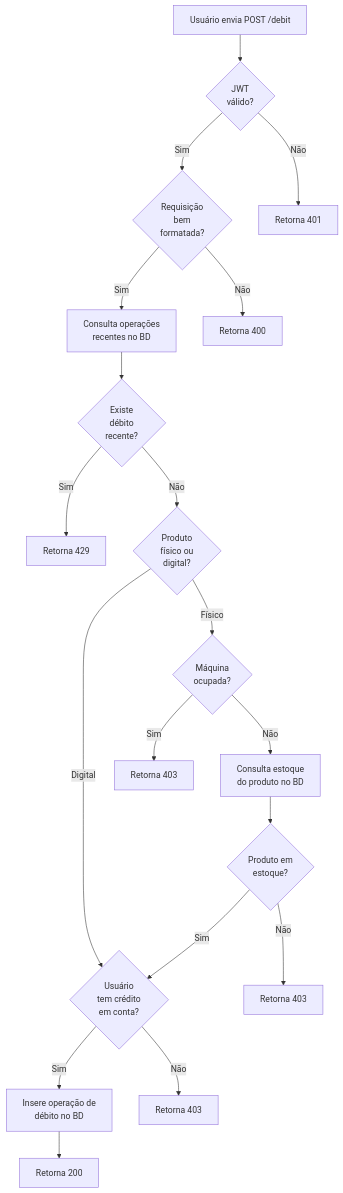
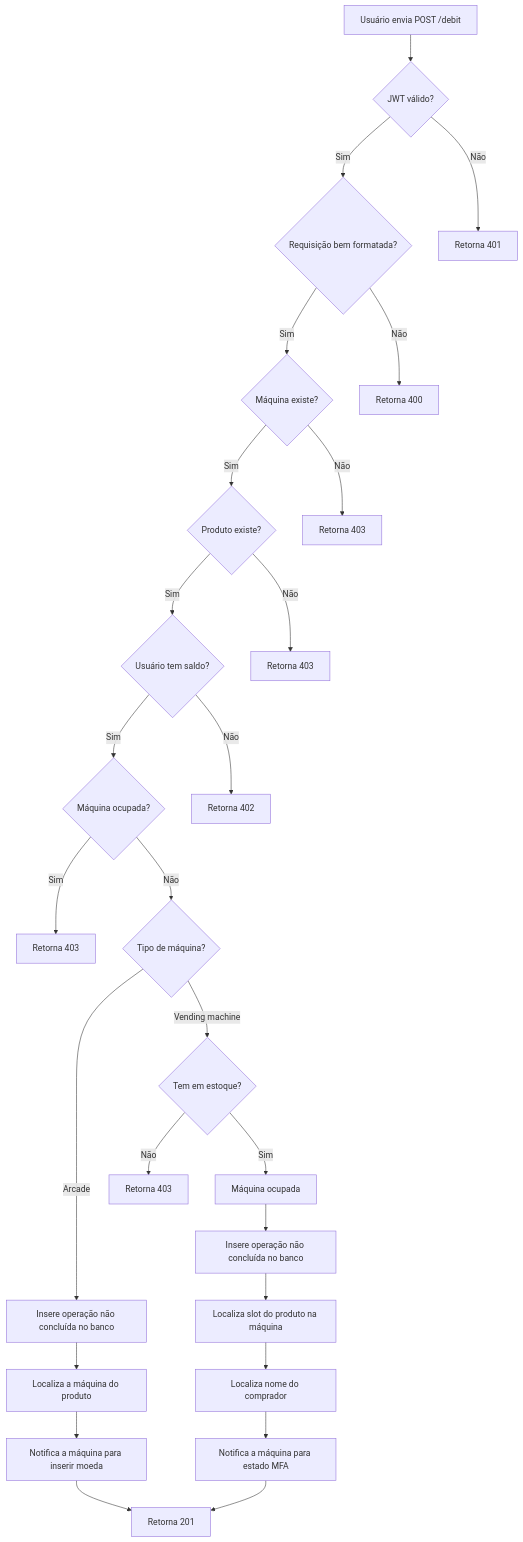
Before and after one commit to feira-de-jogos/feira-de-jogos: the fifth of 10 diagrams in v2/README.md, drawn with Mermaid. The commit also changed 1 other file, not shown here.

Commit message:
Atualizar documentação para se adequar a modificações de código
Mudança de código feita após testes de validação das máquinas em operação.

````diff
--- a/v2/README.md
+++ b/v2/README.md
@@ -131,40 +131,58 @@
 ```mermaid
-flowchart TD
+ flowchart TD
   A[Usuário envia POST /debit]
   B
   C
   D[Retorna 401]
-  E[Consulta operações\nrecentes no BD]
+  E
   F[Retorna 400]
   G
-  H[Retorna 429]
+  H[Retorna 403]
   I
-  J[Consulta estoque\ndo produto no BD]
+  J[Retorna 403]
   K
-  L
+  L[Retorna 402]
   M[Retorna 403]
-  N[Insere operação de\ndébito no BD]
-  O[Retorna 200]
-  P[Retorna 403]
-  Q
-  R[Retorna 403]
+  N
+  P[Retorna 201]
 
-  A --> B{JWT\nválido?}
-  B -->|Sim| C{Requisição\nbem\nformatada?}
-  B -->|Não| D
-  C --> |Sim| E
+  AA[Insere operação não concluída no banco]
+  AB[Localiza a máquina do produto]
+  AC[Notifica a máquina para inserir moeda]
+
+  VA
+  VB[Máquina ocupada]
+  VC[Retorna 403]
+  VD[Insere operação não concluída no banco]
+  VE[Localiza slot do produto na máquina]
+  VF[Localiza nome do comprador]
+  VG[Notifica a máquina para estado MFA]
+
+  A --> B{JWT válido?}
+  B --> |Sim| C{Requisição bem formatada?}
+  B --> |Não| D
+  C --> |Sim| E{Máquina existe?}
   C --> |Não| F
-  E --> G{Existe\ndébito\nrecente?}
-  G --> |Sim| H
-  G --> |Não| I{Produto\nfísico ou\ndigital?}
-  I --> |Físico| Q{Máquina\nocupada?}
-  I --> |Digital| K
-  Q --> |Não| J
-  Q --> |Sim| R
-  J --> L{Produto em\nestoque?}
-  L --> |Sim| K{Usuário\ntem crédito\nem conta?}
-  L --> |Não| M
-  K --> |Sim| N
-  K --> |Não| P
-  N --> O
+  E --> |Sim| G{Produto existe?}
+  E --> |Não| H
+  G --> |Sim| I{Usuário tem saldo?}
+  G --> |Não| J
+  I --> |Sim| K{Máquina ocupada?}
+  I --> |Não| L
+  K --> |Sim| M
+  K --> |Não| N{Tipo de máquina?}
+  N --> |Vending machine| VA{Tem em estoque?}
+  N --> |Arcade| AA
+
+  AA --> AB
+  AB --> AC
+  AC --> P
+
+  VA --> |Sim| VB
+  VA --> |Não| VC
+  VB --> VD
+  VD --> VE
+  VE --> VF
+  VF --> VG
+  VG --> P
 ```
````
